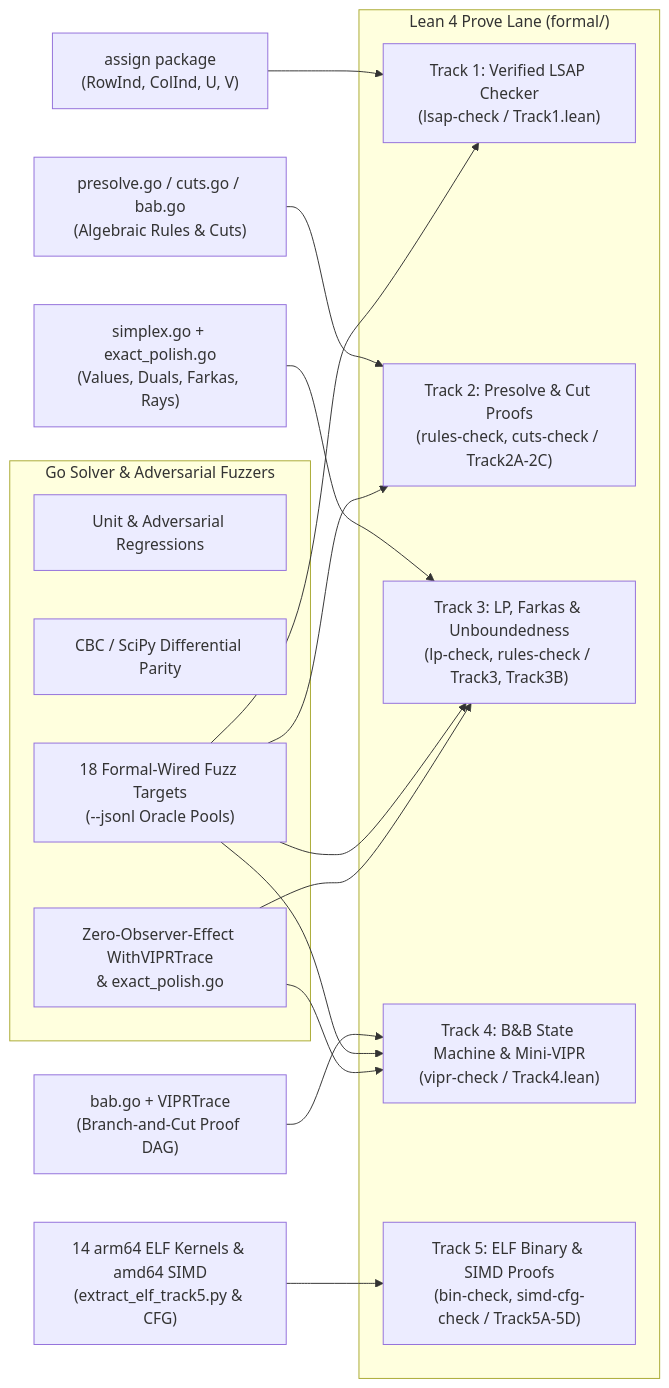
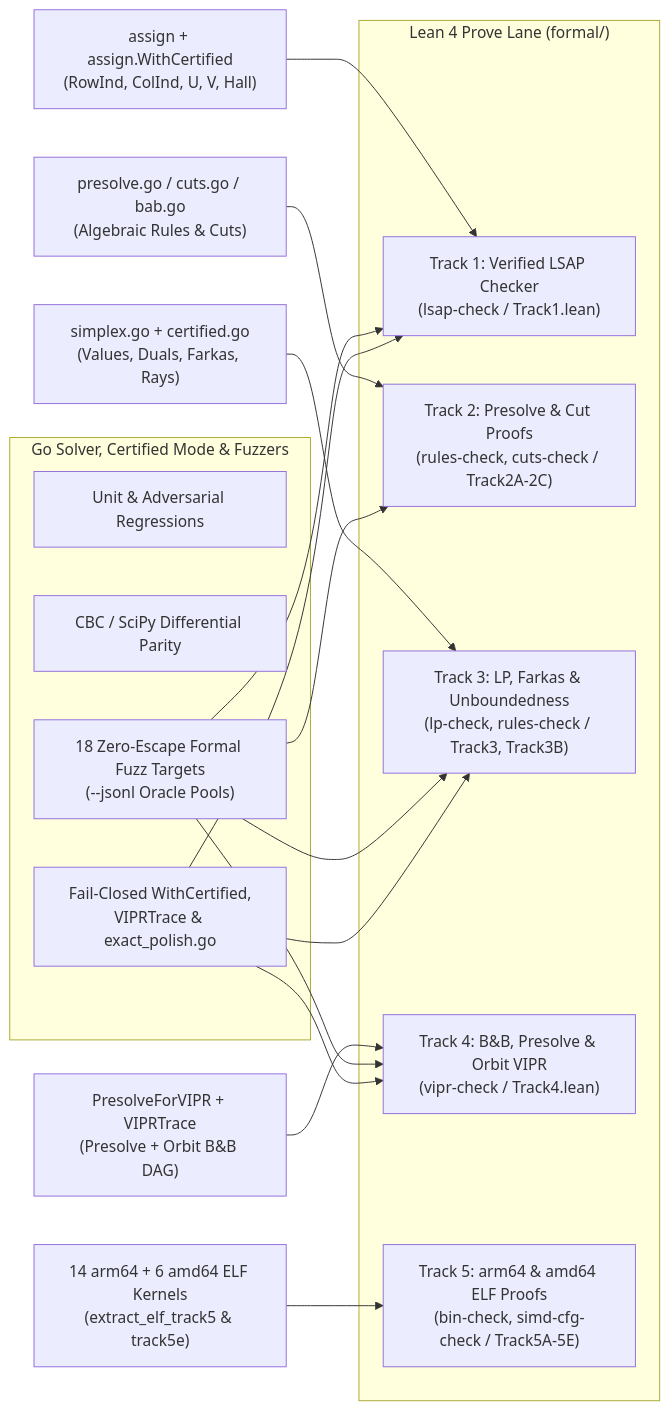
The diagram in docs/formal-verification.md (paulourio/goblin), drawn with Mermaid before and after one commit. The commit also changed other lines of this file and 4 other files, not shown here.

````diff
--- a/docs/formal-verification.md
+++ b/docs/formal-verification.md
@@ -15,25 +15,25 @@
 ```mermaid
 flowchart LR
-    subgraph GoLane["Go Solver & Adversarial Fuzzers"]
+    subgraph GoLane["Go Solver, Certified Mode & Fuzzers"]
         G1["Unit & Adversarial Regressions"]
         G2["CBC / SciPy Differential Parity"]
-        G3["18 Formal-Wired Fuzz Targets\n(--jsonl Oracle Pools)"]
-        G4["Zero-Observer-Effect WithVIPRTrace\n& exact_polish.go"]
+        G3["18 Zero-Escape Formal Fuzz Targets\n(--jsonl Oracle Pools)"]
+        G4["Fail-Closed WithCertified,\nVIPRTrace & exact_polish.go"]
     end
 
     subgraph ProveLane["Lean 4 Prove Lane (formal/)"]
         P1["Track 1: Verified LSAP Checker\n(lsap-check / Track1.lean)"]
         P2["Track 2: Presolve & Cut Proofs\n(rules-check, cuts-check / Track2A-2C)"]
         P3["Track 3: LP, Farkas & Unboundedness\n(lp-check, rules-check / Track3, Track3B)"]
-        P4["Track 4: B&B State Machine & Mini-VIPR\n(vipr-check / Track4.lean)"]
-        P5["Track 5: ELF Binary & SIMD Proofs\n(bin-check, simd-cfg-check / Track5A-5D)"]
+        P4["Track 4: B&B, Presolve & Orbit VIPR\n(vipr-check / Track4.lean)"]
+        P5["Track 5: arm64 & amd64 ELF Proofs\n(bin-check, simd-cfg-check / Track5A-5E)"]
     end
 
-    A["assign package\n(RowInd, ColInd, U, V)"] --> P1
+    A["assign + assign.WithCertified\n(RowInd, ColInd, U, V, Hall)"] --> P1
     B["presolve.go / cuts.go / bab.go\n(Algebraic Rules & Cuts)"] --> P2
-    C["simplex.go + exact_polish.go\n(Values, Duals, Farkas, Rays)"] --> P3
-    D["bab.go + VIPRTrace\n(Branch-and-Cut Proof DAG)"] --> P4
-    E["14 arm64 ELF Kernels & amd64 SIMD\n(extract_elf_track5.py & CFG)"] --> P5
+    C["simplex.go + certified.go\n(Values, Duals, Farkas, Rays)"] --> P3
+    D["PresolveForVIPR + VIPRTrace\n(Presolve + Orbit B&B DAG)"] --> P4
+    E["14 arm64 + 6 amd64 ELF Kernels\n(extract_elf_track5 & track5e)"] --> P5
     G3 --> P1 & P2 & P3 & P4
-    G4 --> P3 & P4
+    G4 --> P1 & P3 & P4
 ```
````
